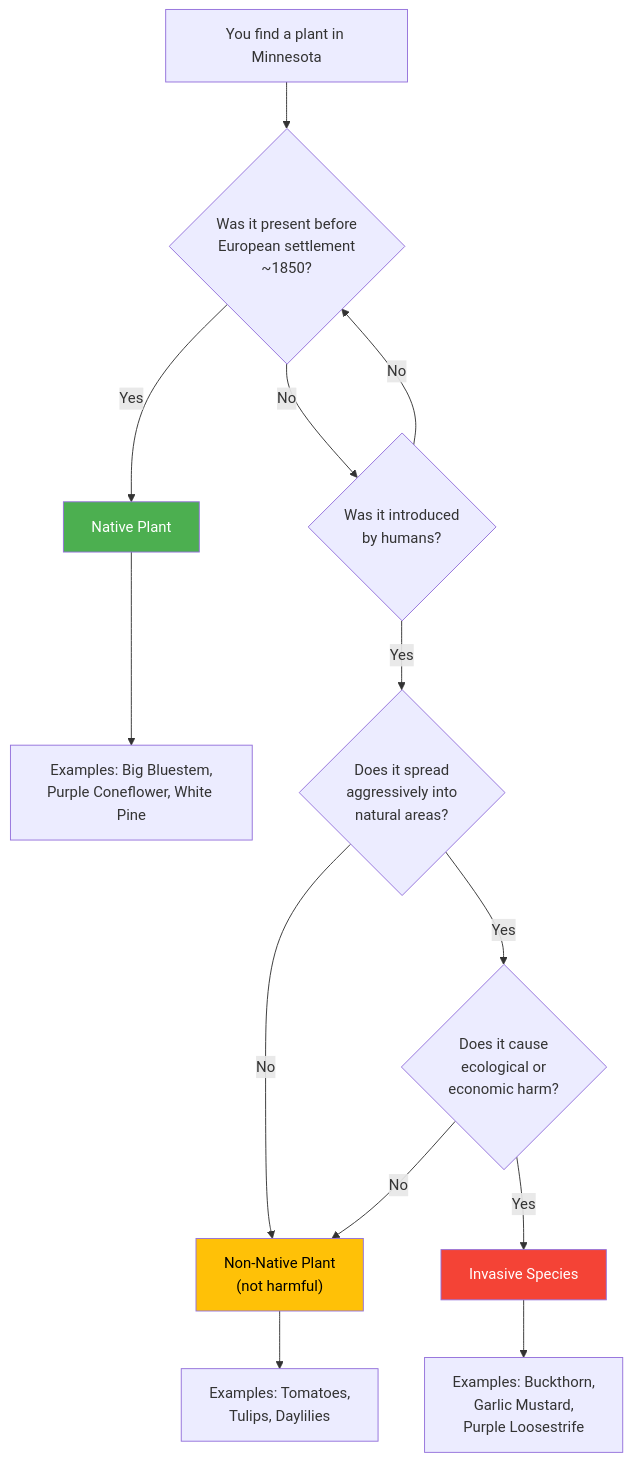
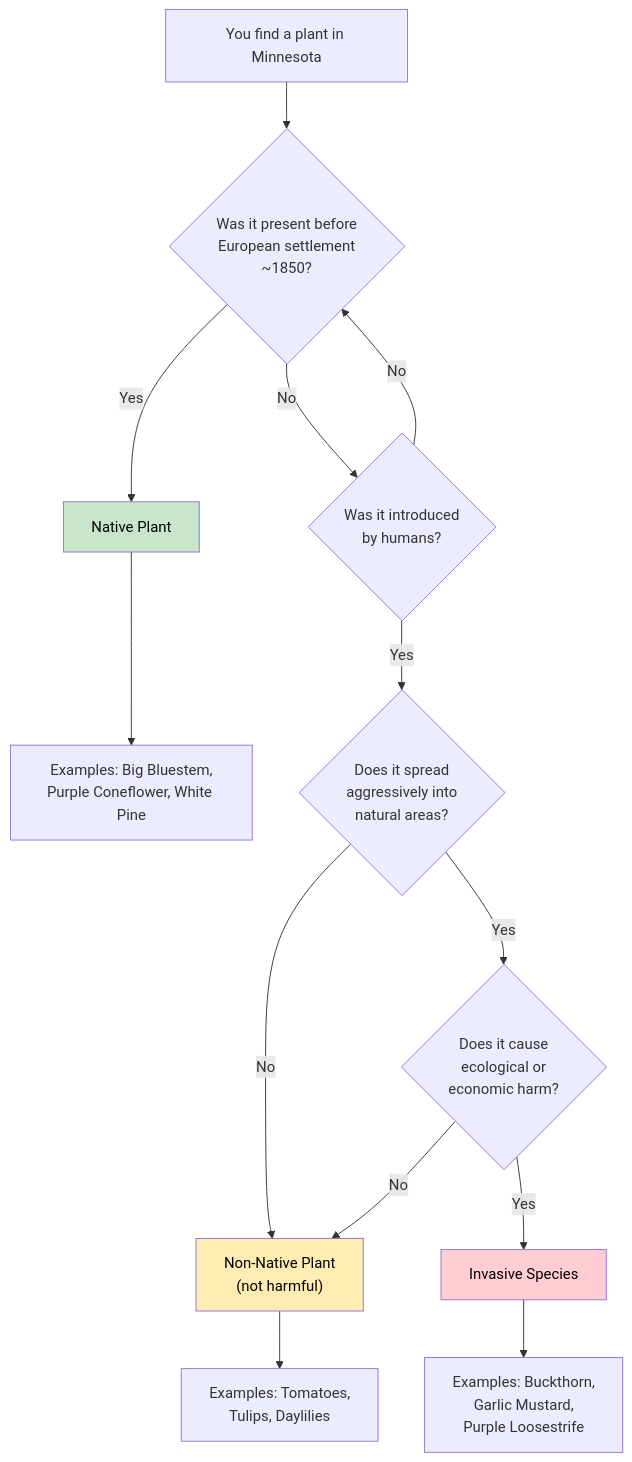
Before and after one commit to arunbatchu/minnesota-native-plants: the first of 2 diagrams in docs/chapters/01-intro-native-plants-ecology/index.md, drawn with Mermaid. The commit also changed other lines of this file and 10 other files, not shown here.

First line of the commit message:
Switch Mermaid diagrams to pastel palette — black text on light backgrounds

````diff
--- a/docs/chapters/01-intro-native-plants-ecology/index.md
+++ b/docs/chapters/01-intro-native-plants-ecology/index.md
@@ -39,19 +39,19 @@
 ```mermaid
 flowchart TD
     A["You find a plant in Minnesota"] --> B{"Was it present before<br/>European settlement<br/>~1850?"}
     B -- Yes --> C["Native Plant"]
     C --> C1["Examples: Big Bluestem,<br/>Purple Coneflower, White Pine"]
     B -- No --> D{"Was it introduced<br/>by humans?"}
     D -- Yes --> E{"Does it spread<br/>aggressively into<br/>natural areas?"}
     E -- No --> F["Non-Native Plant<br/>(not harmful)"]
     F --> F1["Examples: Tomatoes,<br/>Tulips, Daylilies"]
     E -- Yes --> G{"Does it cause<br/>ecological or<br/>economic harm?"}
     G -- Yes --> H["Invasive Species"]
     H --> H1["Examples: Buckthorn,<br/>Garlic Mustard,<br/>Purple Loosestrife"]
     G -- No --> F
     D -- No --> B
 
-    style C fill:#4CAF50,color:#fff
-    style F fill:#FFC107,color:#000
-    style H fill:#F44336,color:#fff
+    style C fill:#C8E6C9,color:#000
+    style F fill:#FFECB3,color:#000
+    style H fill:#FFCDD2,color:#000
 ```
````
